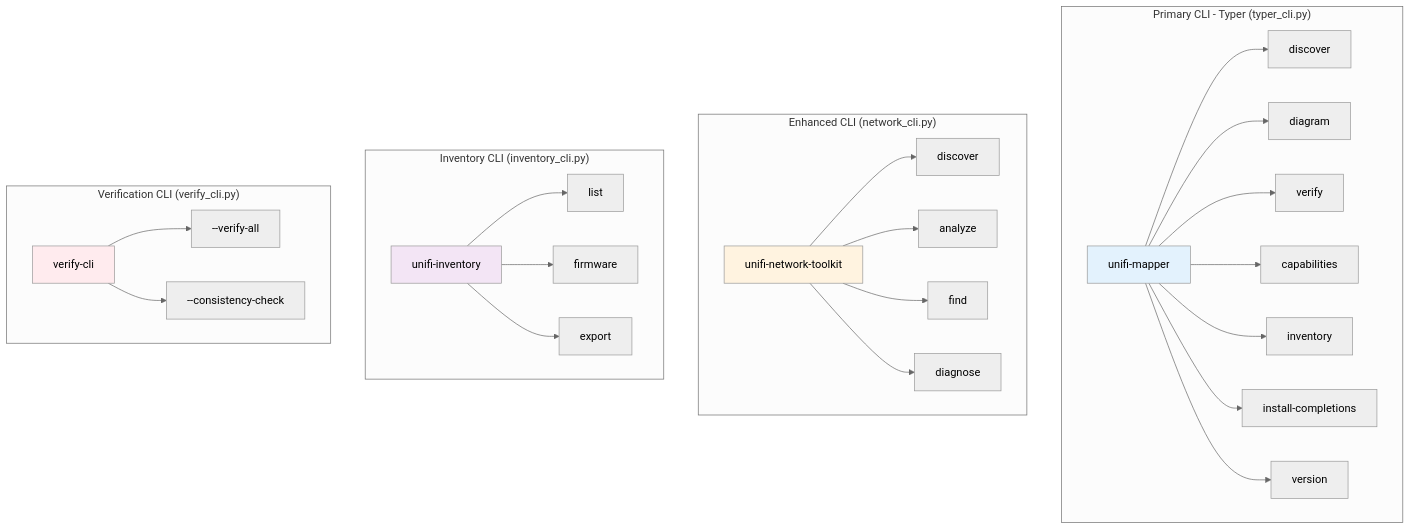
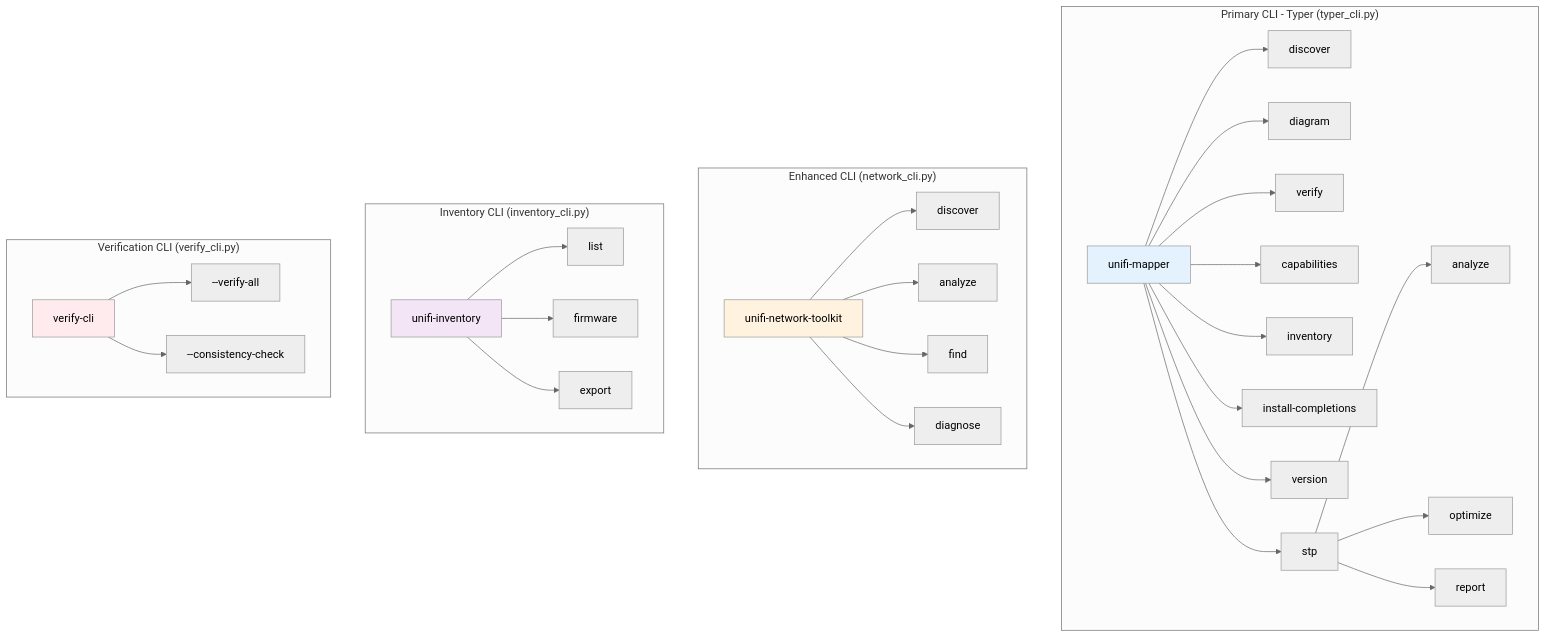
One commit to NetDevAutomate/unifi_management_cli changed diagram 14 of 29 in specs/architecture-and-codemap.md. Above: the diagram before and after it, drawn with Mermaid (neutral theme). The commit also changed other lines of this file and 10 other files, not shown here.

````diff
--- a/specs/architecture-and-codemap.md
+++ b/specs/architecture-and-codemap.md
@@ -593,39 +593,43 @@
 ```mermaid
 graph TB
     subgraph "Primary CLI - Typer (typer_cli.py)"
         A[unifi-mapper]
         A --> A1[discover]
         A --> A2[diagram]
         A --> A3[verify]
         A --> A4[capabilities]
         A --> A5[inventory]
         A --> A6[install-completions]
         A --> A7[version]
+        A --> A8[stp]
+        A8 --> A8a[analyze]
+        A8 --> A8b[optimize]
+        A8 --> A8c[report]
     end
 
     subgraph "Enhanced CLI (network_cli.py)"
         B[unifi-network-toolkit]
         B --> B1[discover]
         B --> B2[analyze]
         B --> B3[find]
         B --> B4[diagnose]
     end
 
     subgraph "Inventory CLI (inventory_cli.py)"
         C[unifi-inventory]
         C --> C1[list]
         C --> C2[firmware]
         C --> C3[export]
     end
 
     subgraph "Verification CLI (verify_cli.py)"
         D[verify-cli]
         D --> D1[--verify-all]
         D --> D2[--consistency-check]
     end
 
     style A fill:#e3f2fd
     style B fill:#fff3e0
     style C fill:#f3e5f5
     style D fill:#ffebee
 ```
````
